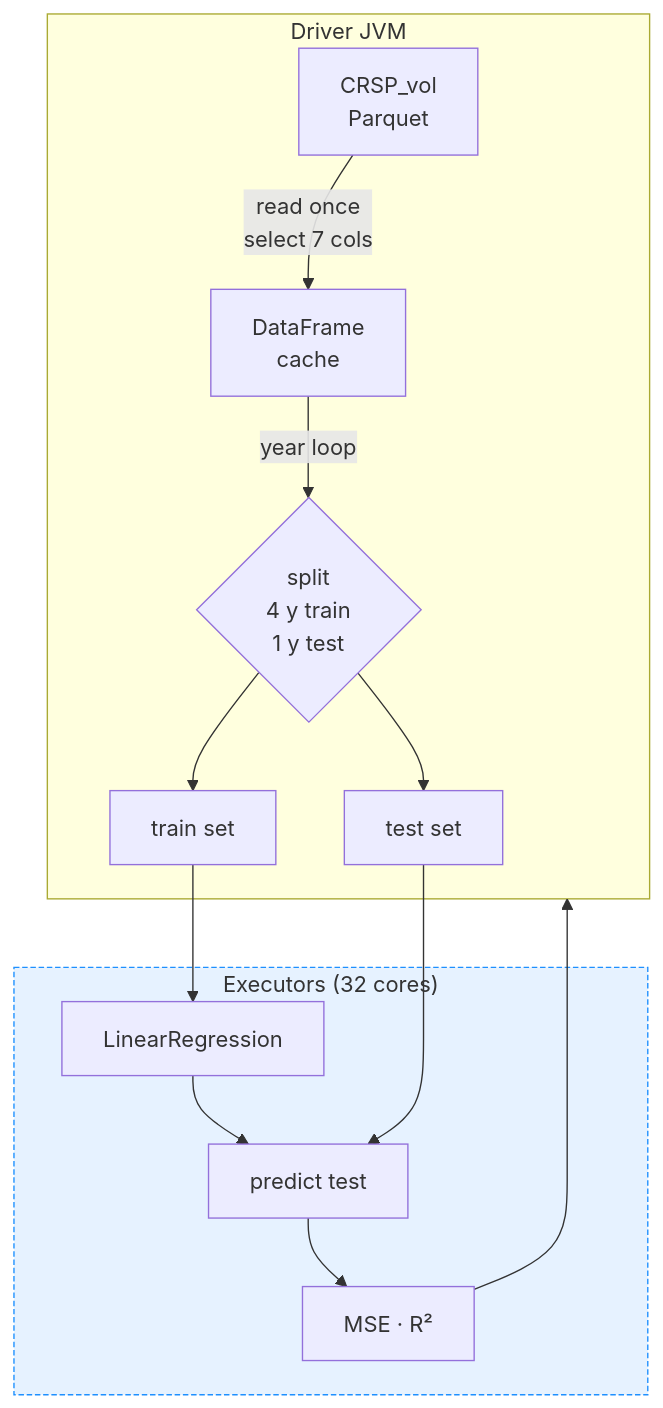
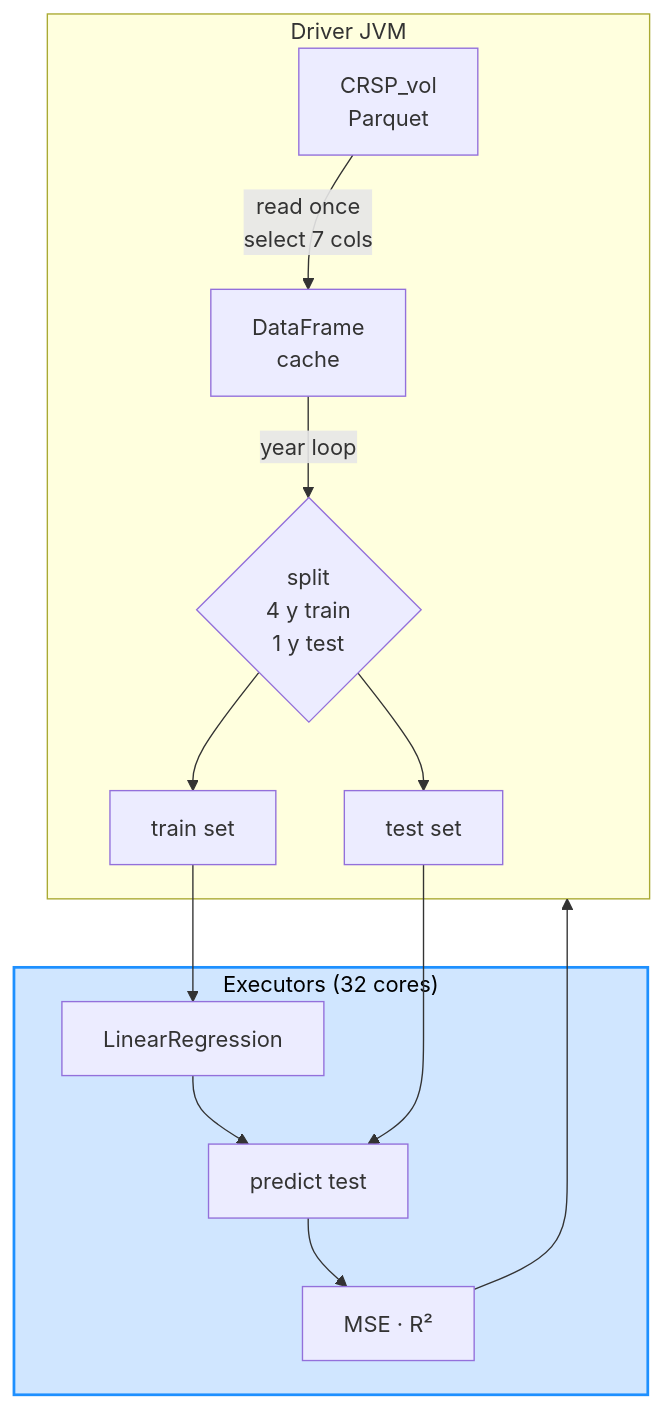
One commit to macs30123-s24/final-project-reddit-wsb-volatility-prediction changed the seventh of 8 diagrams in README.md. Above: the diagram before and after it, drawn with Mermaid. The commit also changed other lines of this file, not shown here.

Commit message:
fix the plot color

````diff
--- a/README.md
+++ b/README.md
@@ -562,31 +562,32 @@
 ```mermaid
 flowchart TD
     %% -------- Driver side --------
     subgraph DRIVER["Driver JVM"]
         SRC[CRSP_vol<br/>Parquet]
         SRC -->|read once<br/>select 7 cols| CACHE[DataFrame<br/>cache]
         CACHE -->|year loop| SLICE{split<br/>4 y train<br/>1 y test}
         SLICE --> TRN[train set]
         SLICE --> TST[test set]
     end
     class DRIVER drv
 
     %% -------- Executor pool --------
     subgraph EXEC["Executors (32 cores)"]
         FIT[LinearRegression<br/>]
         PRED[predict test]
         METRICS[MSE · R²]
     end
     class EXEC exe
 
     %% -------- Data flow --------
     TRN --> FIT
     FIT --> PRED
     TST --> PRED
     PRED --> METRICS
     METRICS --> DRIVER
 
     %% -------- Styling --------
-    classDef drv fill:#fff9e6,stroke:#d4a017,stroke-width:2;
-    classDef exe fill:#e6f2ff,stroke:#1e90ff,stroke-dasharray:4 2;
+    classDef drv fill:#fff9e6,stroke:#d4a017,stroke-width:2px,color:#000;
+    classDef exe fill:#d0e6ff,stroke:#1e90ff,stroke-width:2px,color:#000;
+    
 ```
````
